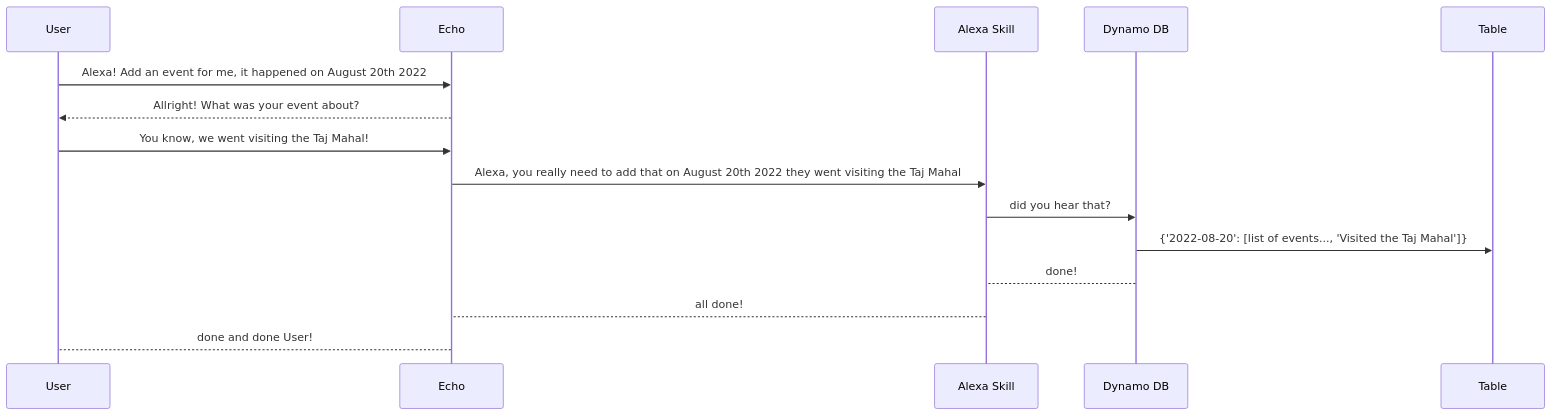
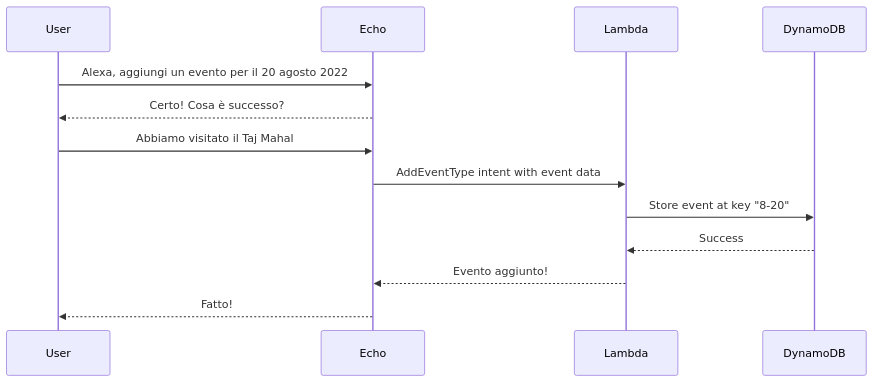
The diagram in README.md (MelaHub/kamaji), drawn with Mermaid before and after one commit. The commit also changed other lines of this file and 31 other files, not shown here.

````diff
--- a/README.md
+++ b/README.md
@@ -5,12 +15,11 @@
 ```mermaid
 sequenceDiagram
-    User->>Echo: Alexa! Add an event for me, it happened on August 20th 2022
-    Echo-->>User: Allright! What was your event about?
-    User->>Echo: You know, we went visiting the Taj Mahal!
-    Echo->>Alexa Skill: Alexa, you really need to add that on August 20th 2022 they went visiting the Taj Mahal
-    Alexa Skill->>Dynamo DB: did you hear that?
-    Dynamo DB->>Table: {'2022-08-20': [list of events..., 'Visited the Taj Mahal']}
-    Dynamo DB-->Alexa Skill: done!
-    Alexa Skill-->Echo: all done!
-    Echo-->User: done and done User!
+    User->>Echo: Alexa, aggiungi un evento per il 20 agosto 2022
+    Echo-->>User: Certo! Cosa è successo?
+    User->>Echo: Abbiamo visitato il Taj Mahal
+    Echo->>Lambda: AddEventType intent with event data
+    Lambda->>DynamoDB: Store event at key "8-20"
+    DynamoDB-->>Lambda: Success
+    Lambda-->>Echo: Evento aggiunto!
+    Echo-->>User: Fatto!
 ```
````
